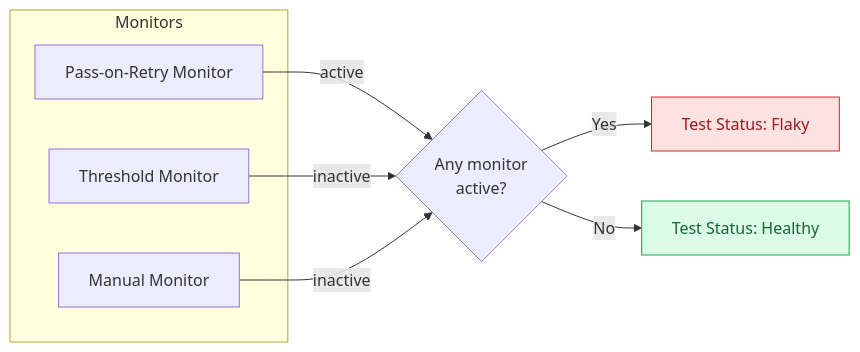
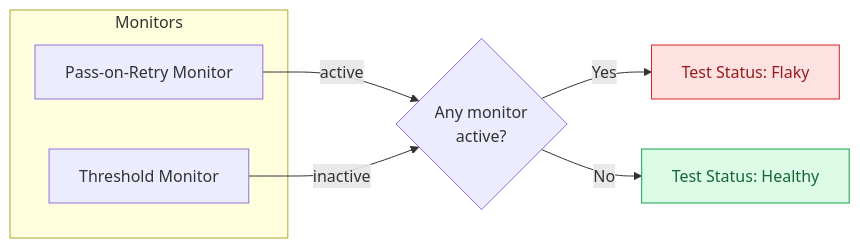
Before and after one commit to trunk-io/docs: the first of 2 diagrams in flaky-tests/detection/README.md, drawn with Mermaid. The commit also changed other lines of this file and 4 other files, not shown here.

````diff
--- a/flaky-tests/detection/README.md
+++ b/flaky-tests/detection/README.md
@@ -24,18 +24,16 @@
 ```mermaid
 graph LR
     subgraph Monitors
         POR[Pass-on-Retry Monitor]
         TH[Threshold Monitor]
-        MAN[Manual Monitor]
     end
 
     POR -- "active" --> OR{Any monitor\nactive?}
     TH -- "inactive" --> OR
-    MAN -- "inactive" --> OR
 
     OR -- "Yes" --> FLAKY["Test Status: Flaky"]
     OR -- "No" --> HEALTHY["Test Status: Healthy"]
 
     style FLAKY fill:#fee2e2,stroke:#dc2626,color:#991b1b
     style HEALTHY fill:#dcfce7,stroke:#16a34a,color:#166534
 ```
````
